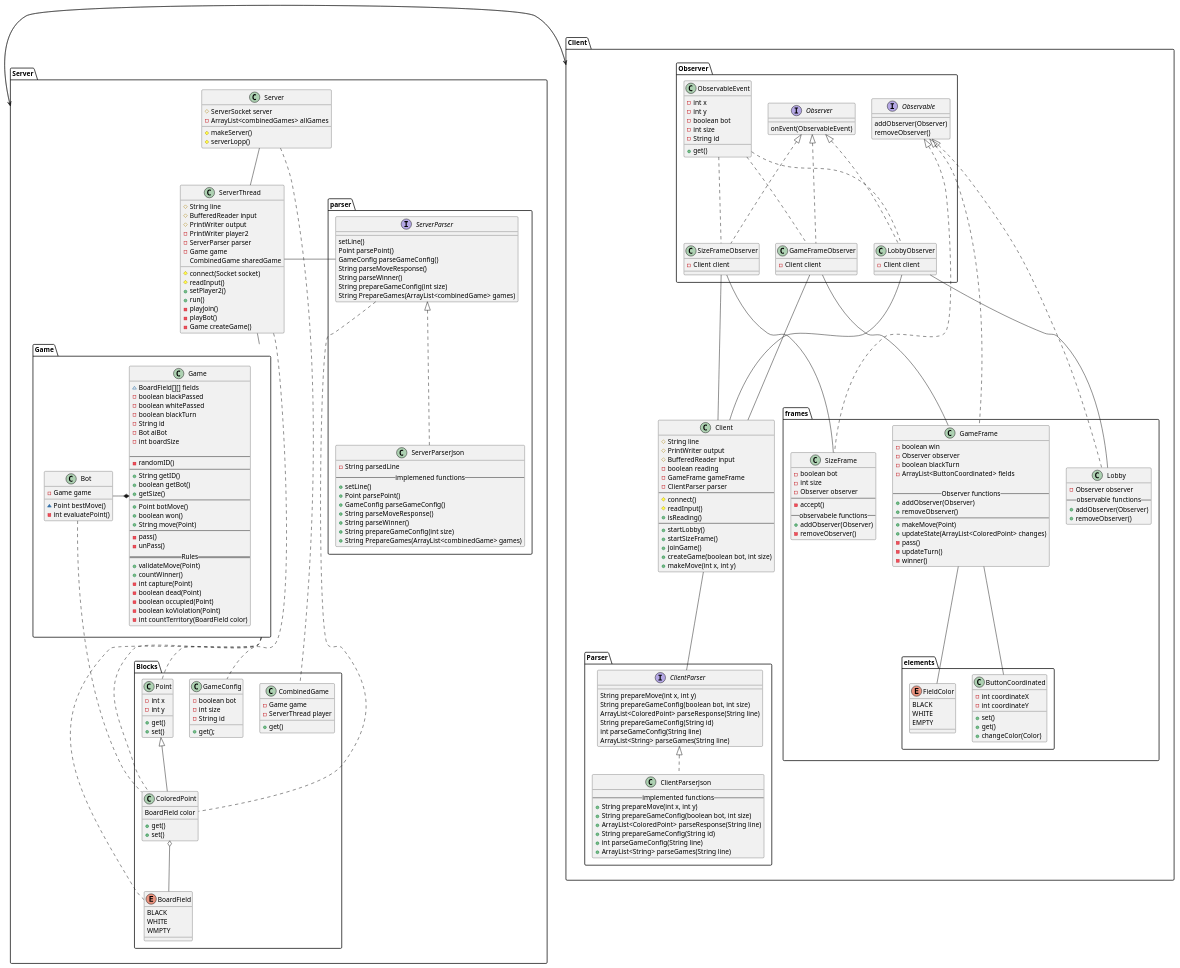
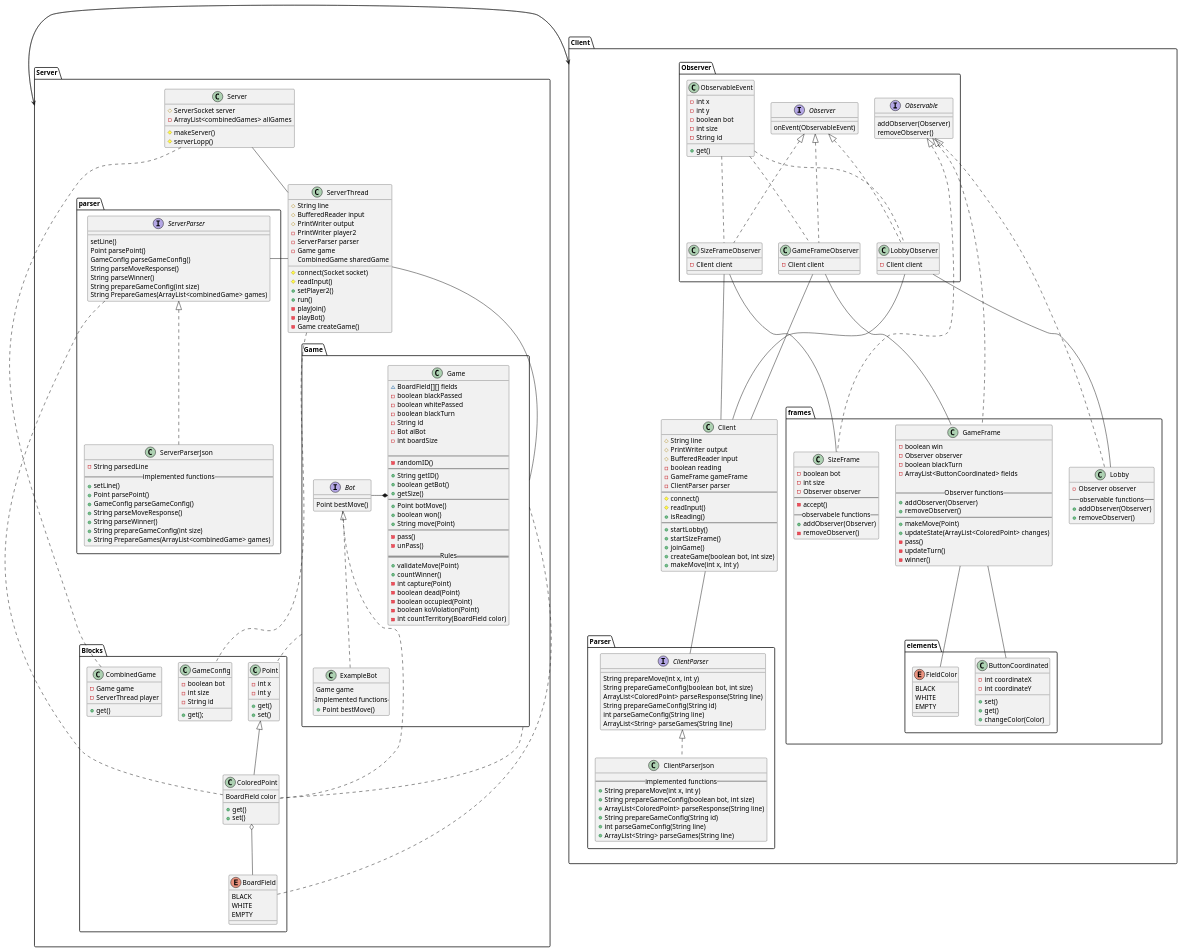
The diagram in uml/class.puml (buczekxpompa/ProjektTP), drawn with PlantUML before and after one commit.

Commit message:
class diagram part 4

```diff
--- a/uml/class.puml
+++ b/uml/class.puml
@@ -56,12 +56,16 @@
             -boolean koViolation(Point)
             -int countTerritory(BoardField color)
         }
-        class Bot {
-            -Game game
-            ~Point bestMove()
-            -int evaluatePoint()
+        interface Bot {
+            Point bestMove()
+        }
+        class ExampleBot {
+            Game game
+            --Implemented functions--
+            +Point bestMove()
         }
         Bot -* Game
+        Bot <|.. ExampleBot
     }
     package parser {
         interface ServerParser{
@@ -75,7 +79,7 @@
         }
         class ServerParserJson {
             -String parsedLine
-            -- implemened functions --
+            -- implemented functions --
             +setLine()
             +Point parsePoint()
             +GameConfig parseGameConfig()
@@ -96,7 +100,7 @@
         enum BoardField {
             BLACK
             WHITE
-            WMPTY
+            EMPTY
         }
         class CombinedGame {
             -Game game
```
